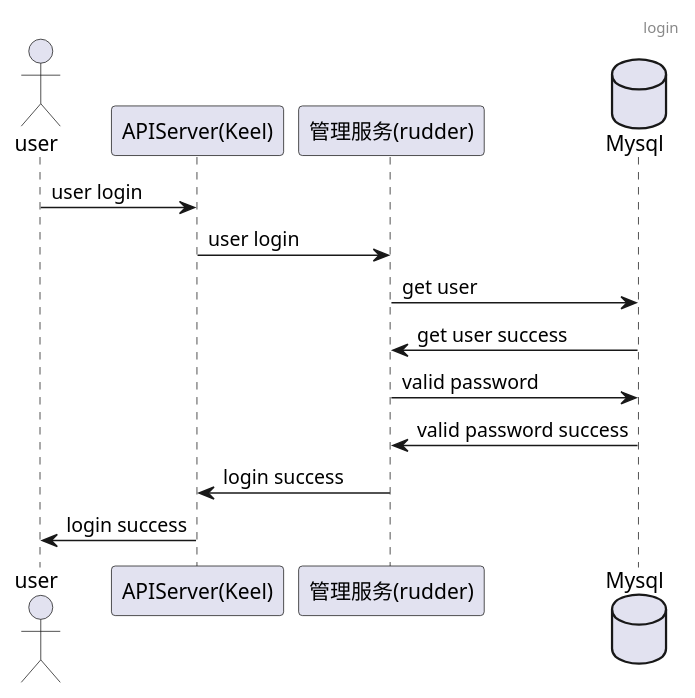
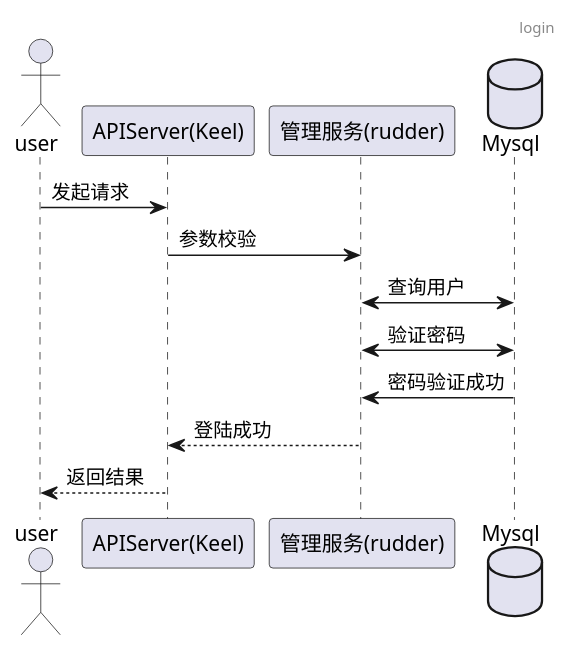
Before and after one commit to tkeel-io/docs: the tenth of 10 diagrams in docs/api/appendix/plantuml/user-manager-tenant.md, drawn with PlantUML. The commit also changed other lines of this file and 2 other files, not shown here.

````diff
--- a/docs/api/appendix/plantuml/user-manager-tenant.md
+++ b/docs/api/appendix/plantuml/user-manager-tenant.md
@@ -169,17 +169,17 @@
 ```plantuml
-
+@startuml
 header login
-
 actor user
 participant "APIServer(Keel)"  as keel
 participant "管理服务(rudder)" as TenantService
 database Mysql
-user->keel: user login
-keel->TenantService: user login
-TenantService->Mysql: get user
-Mysql->TenantService: get user success
-TenantService->Mysql: valid password
-Mysql->TenantService: valid password success
-TenantService->keel: login success
-keel->user: login success
+user->keel: 发起请求
+keel->TenantService: 参数校验
+TenantService<->Mysql: 查询用户
+TenantService<->Mysql: 验证密码
+Mysql->TenantService: 密码验证成功
+TenantService-->keel: 登陆成功
+keel-->user: 返回结果
+@enduml
+
 ```
````
